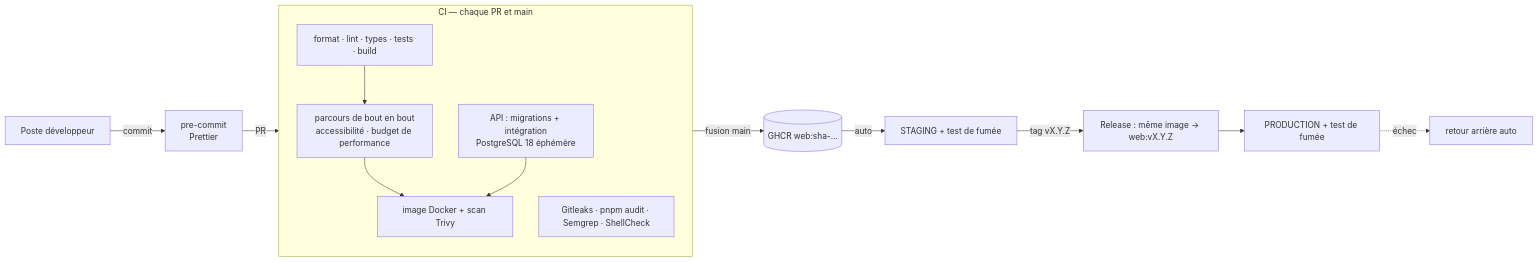
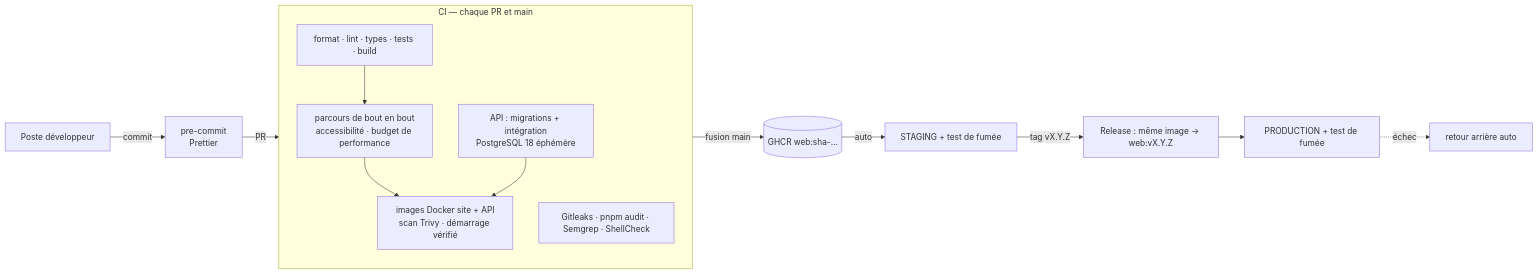
Diagram 12 of 13 in docs/architecture/cahier-architecture.md (levy-kombila/kemdia), drawn with Mermaid before and after one commit. The commit also changed other lines of this file and 6 other files, not shown here.

````diff
--- a/docs/architecture/cahier-architecture.md
+++ b/docs/architecture/cahier-architecture.md
@@ -632,20 +663,20 @@
 ```mermaid
 flowchart LR
     dev[Poste développeur] -->|commit| hook[pre-commit<br/>Prettier]
     hook -->|PR| ci
     subgraph ci[CI — chaque PR et main]
       direction TB
       q[format · lint · types · tests · build]
       d[API : migrations + intégration<br/>PostgreSQL 18 éphémère]
       e[parcours de bout en bout<br/>accessibilité · budget de performance]
-      i[image Docker + scan Trivy]
+      i[images Docker site + API<br/>scan Trivy · démarrage vérifié]
       s[Gitleaks · pnpm audit · Semgrep · ShellCheck]
       q --> e --> i
       d --> i
     end
     ci -->|fusion main| pub[(GHCR web:sha-…)]
     pub -->|auto| stg[STAGING + test de fumée]
     stg -->|tag vX.Y.Z| rel[Release : même image → web:vX.Y.Z]
     rel --> prod[PRODUCTION + test de fumée]
     prod -. échec .-> rb[retour arrière auto]
 ```
````
